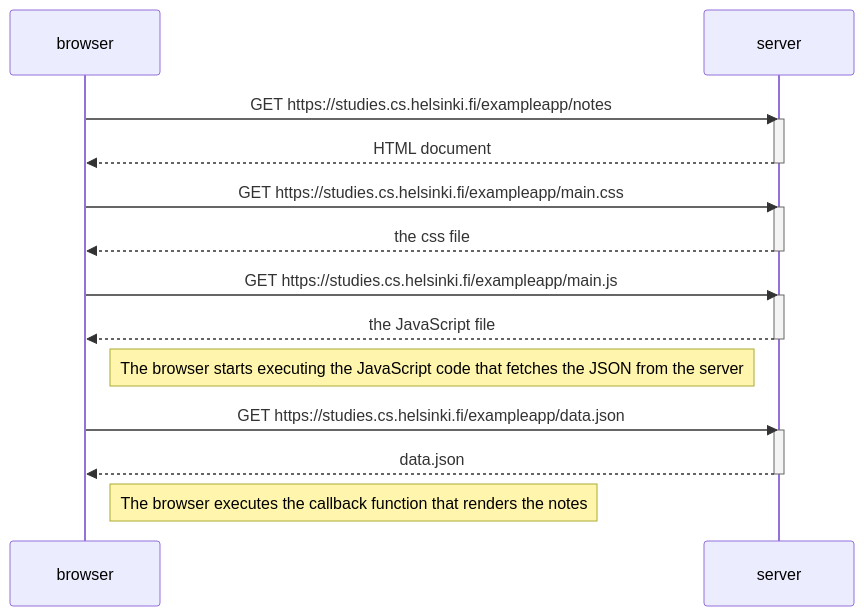
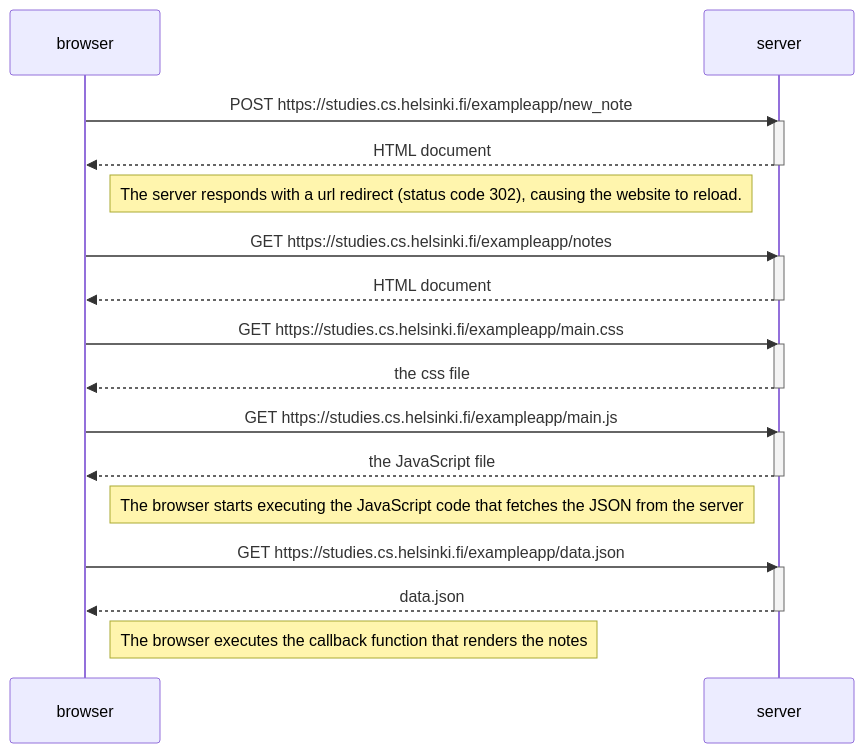
One commit to akskettu-hub/FullStackOpen changed the diagram in part00/new_note_diagram.md. Above: the diagram before and after it, drawn with Mermaid.

Commit message:
Added part to diagram about 302

````diff
--- a/part00/new_note_diagram.md
+++ b/part00/new_note_diagram.md
@@ -1,29 +1,36 @@
 ```mermaid
 sequenceDiagram
     participant browser
     participant server
+
+    browser->>server: POST https://studies.cs.helsinki.fi/exampleapp/new_note
+    activate server
+    server-->>browser: HTML document
+    deactivate server
+
+    Note right of browser: The server responds with a url redirect (status code 302), causing the website to reload. 
 
     browser->>server: GET https://studies.cs.helsinki.fi/exampleapp/notes
     activate server
     server-->>browser: HTML document
     deactivate server
 
     browser->>server: GET https://studies.cs.helsinki.fi/exampleapp/main.css
     activate server
     server-->>browser: the css file
     deactivate server
 
     browser->>server: GET https://studies.cs.helsinki.fi/exampleapp/main.js
     activate server
     server-->>browser: the JavaScript file
     deactivate server
 
     Note right of browser: The browser starts executing the JavaScript code that fetches the JSON from the server
 
     browser->>server: GET https://studies.cs.helsinki.fi/exampleapp/data.json
     activate server
     server-->>browser: data.json
     deactivate server
 
     Note right of browser: The browser executes the callback function that renders the notes
 ```
````
